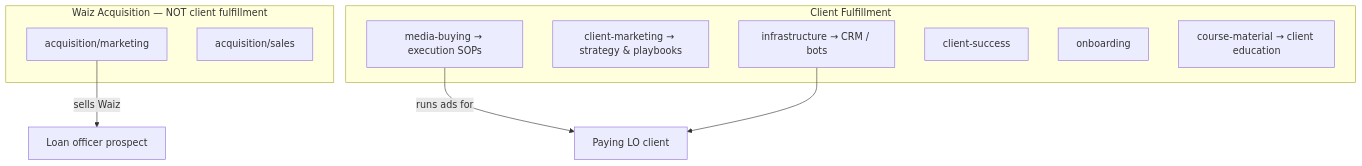
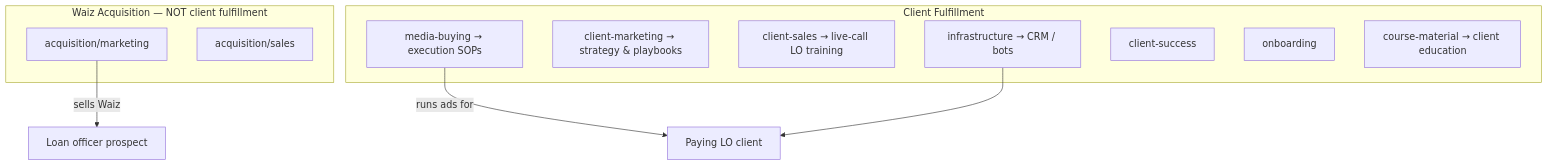
The diagram in docs/client-fulfillment/waiz-vs-client-marketing-boundaries.md (gwadawg/Wm-os), drawn with Mermaid before and after one commit. The commit also changed other lines of this file and 35 other files, not shown here.

````diff
--- a/docs/client-fulfillment/waiz-vs-client-marketing-boundaries.md
+++ b/docs/client-fulfillment/waiz-vs-client-marketing-boundaries.md
@@ -39,18 +39,19 @@
 ```mermaid
 flowchart TB
   subgraph acquisition [Waiz Acquisition — NOT client fulfillment]
     AM[acquisition/marketing]
     AS[acquisition/sales]
   end
   subgraph fulfillment [Client Fulfillment]
     INF[infrastructure → CRM / bots]
     CM[client-marketing → strategy & playbooks]
+    CSL[client-sales → live-call LO training]
     MB[media-buying → execution SOPs]
     CS[client-success]
     ON[onboarding]
     CO[course-material → client education]
   end
   AM -->|"sells Waiz"| LO[Loan officer prospect]
   MB -->|"runs ads for"| CLIENT[Paying LO client]
   INF --> CLIENT
 ```
````
